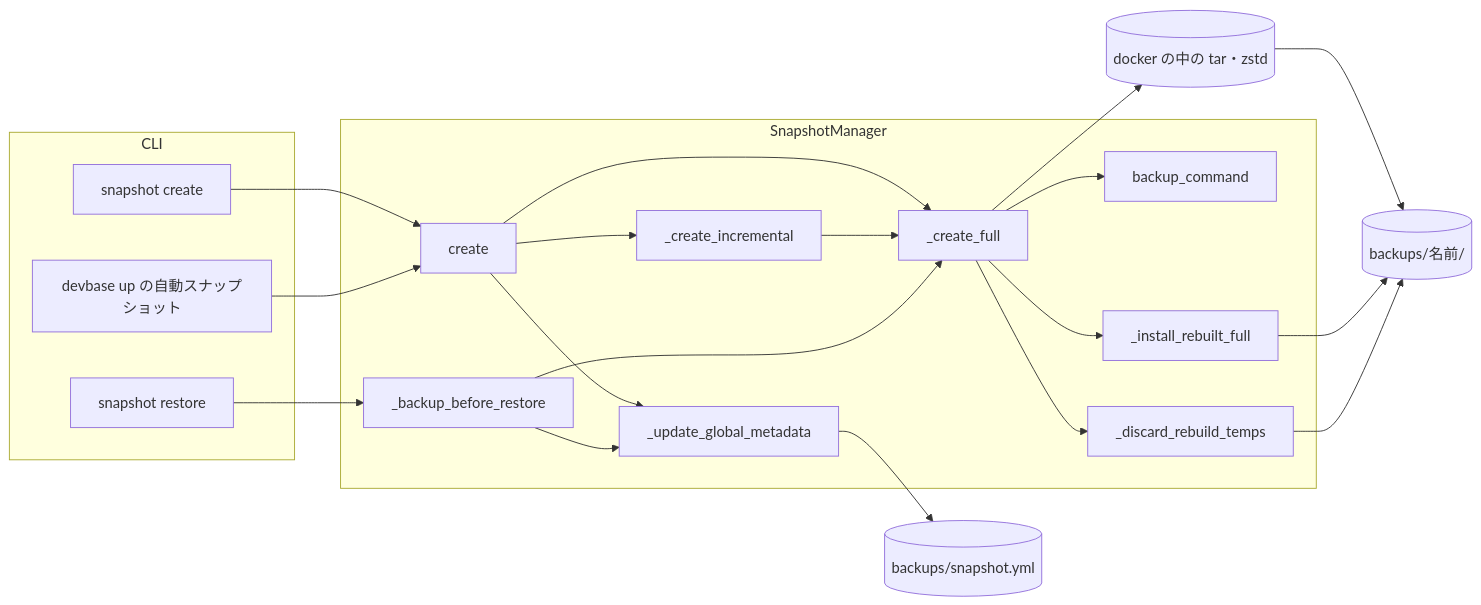
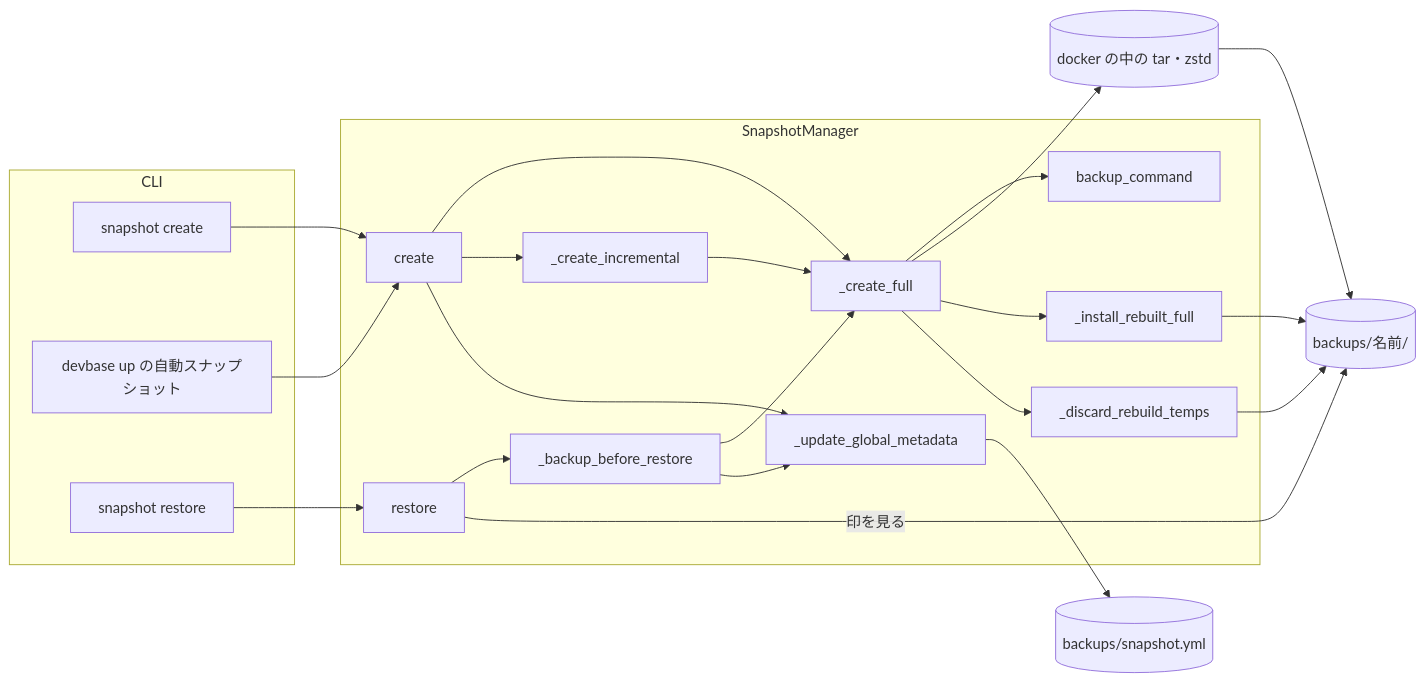
One commit to devbasex/devbase changed the first of 4 diagrams in issues/issue-458-design.md. Above: the diagram before and after it, drawn with Mermaid. The commit also changed other lines of this file, not shown here.

````diff
--- a/issues/issue-458-design.md
+++ b/issues/issue-458-design.md
@@ -108,38 +109,41 @@
 ```mermaid
 graph LR
     subgraph CLI
         C[snapshot create]
         U[devbase up の自動スナップショット]
         R[snapshot restore]
     end
     subgraph SnapshotManager
         CR[create]
         CI[_create_incremental]
         BR[_backup_before_restore]
+        RS[restore]
         CF[_create_full]
         BC[backup_command]
         IN[_install_rebuilt_full]
         DT[_discard_rebuild_temps]
         UG[_update_global_metadata]
     end
     D[(docker の中の tar・zstd)]
     G[(backups/名前/)]
     Y[(backups/snapshot.yml)]
     C --> CR
     U --> CR
-    R --> BR
+    R --> RS
+    RS --> BR
+    RS -->|印を見る| G
     CR --> CF
     CR --> CI
     CI --> CF
     BR --> CF
     CF --> BC
     CF --> D
     CF --> IN
     CF --> DT
     D --> G
     IN --> G
     DT --> G
     CR --> UG
     BR --> UG
     UG --> Y
 ```
````
